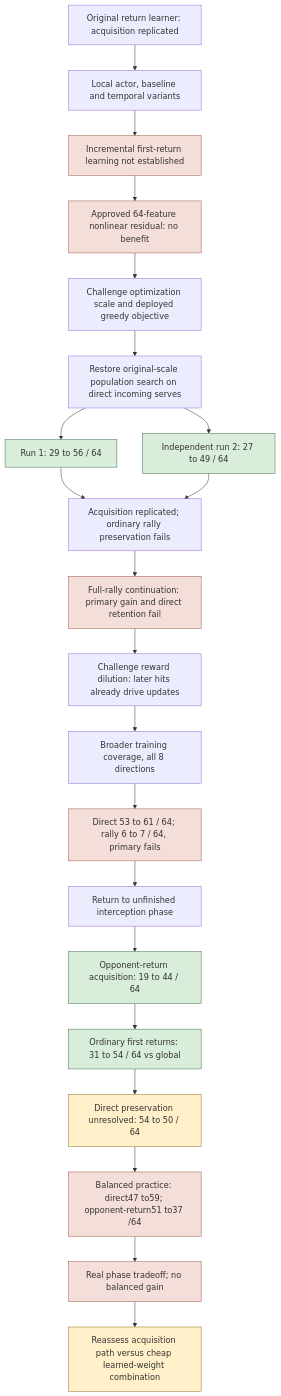
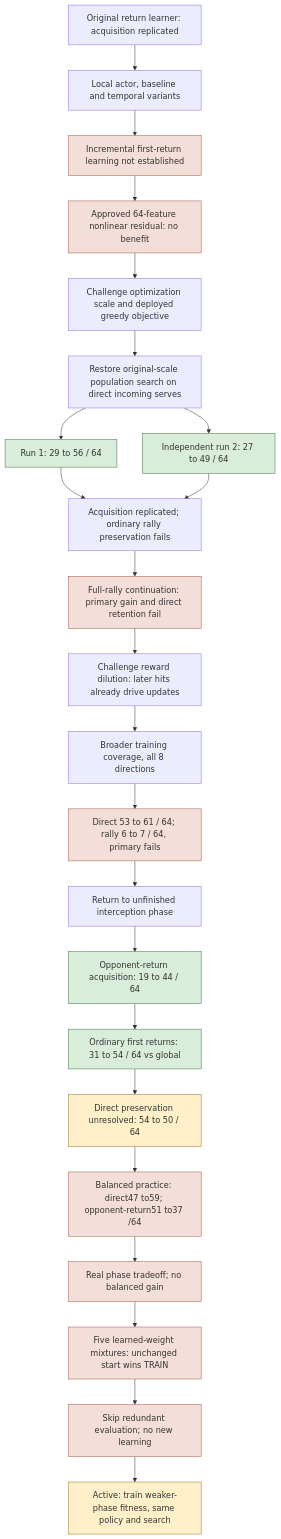
Before and after one commit to rruhland/Fly-Connectome: the diagram in docs/reconstruction/2026-10-22-progress-map.md, drawn with Mermaid. The commit also changed other lines of this file and 2 other files, not shown here.

Commit message:
Record final bounded launch and blind sampling-noise assessment

````diff
--- a/docs/reconstruction/2026-10-22-progress-map.md
+++ b/docs/reconstruction/2026-10-22-progress-map.md
@@ -7,30 +7,33 @@
 ```mermaid
 flowchart TD
     A[Original return learner: acquisition replicated] --> B[Local actor, baseline and temporal variants]
     B --> C[Incremental first-return learning not established]
     C --> D[Approved 64-feature nonlinear residual: no benefit]
     D --> E[Challenge optimization scale and deployed greedy objective]
     E --> F[Restore original-scale population search on direct incoming serves]
     F --> G[Run 1: 29 to 56 / 64]
     F --> H[Independent run 2: 27 to 49 / 64]
     G --> I[Acquisition replicated; ordinary rally preservation fails]
     H --> I
     I --> J[Full-rally continuation: primary gain and direct retention fail]
     J --> K[Challenge reward dilution: later hits already drive updates]
     K --> L[Broader training coverage, all 8 directions]
     L --> M[Direct 53 to 61 / 64; rally 6 to 7 / 64, primary fails]
     M --> N[Return to unfinished interception phase]
     N --> O[Opponent-return acquisition: 19 to 44 / 64]
     O --> P[Ordinary first returns: 31 to 54 / 64 vs global]
     P --> Q[Direct preservation unresolved: 54 to 50 / 64]
     Q --> R[Balanced practice: direct47 to59; opponent-return51 to37 /64]
     R --> S[Real phase tradeoff; no balanced gain]
-    S --> T[Reassess acquisition path versus cheap learned-weight combination]
+    S --> T[Five learned-weight mixtures: unchanged start wins TRAIN]
+    T --> U[Skip redundant evaluation; no new learning]
+    U --> V[Active: train weaker-phase fitness, same policy and search]
     classDef gain fill:#d9eddb,stroke:#46734a
     classDef fail fill:#f4ded9,stroke:#a15d49
     classDef active fill:#fff0c9,stroke:#967627
     class G,H,O,P gain
     class C,D,J,M fail
-    class Q,T active
+    class Q,V active
+    class T,U fail
     class R,S fail
 ```
````
